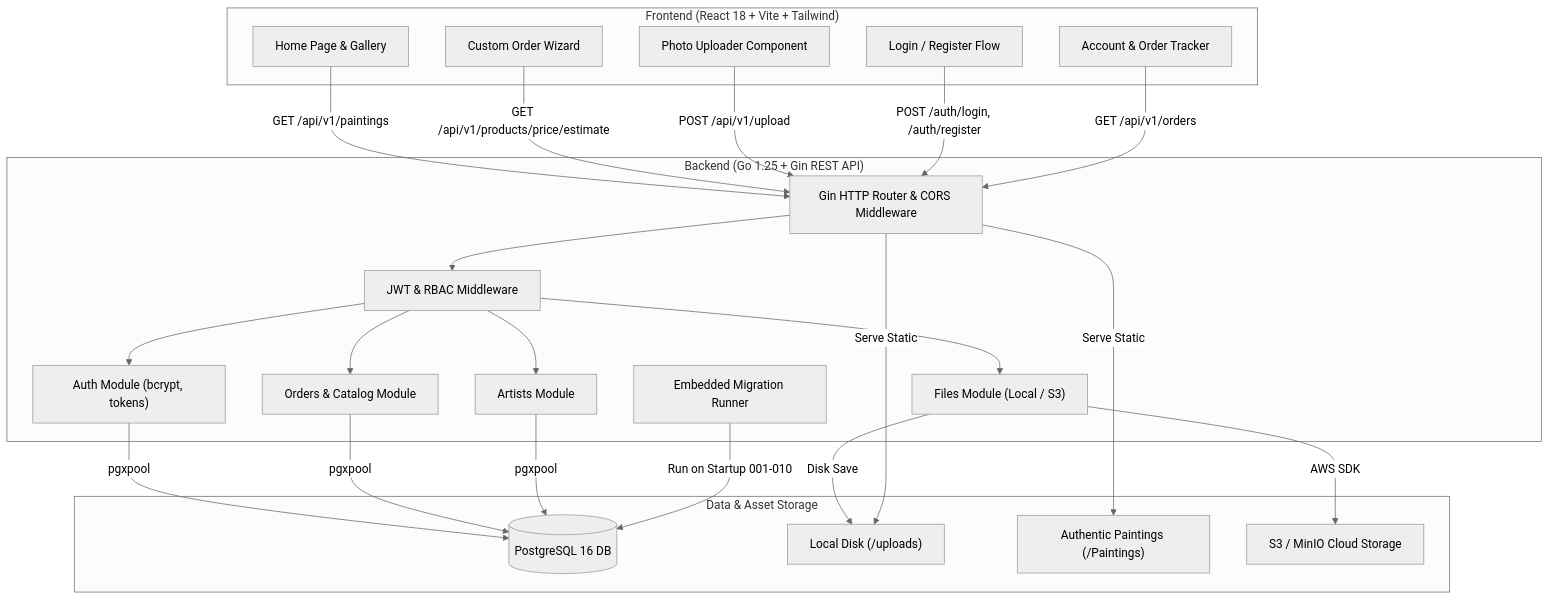
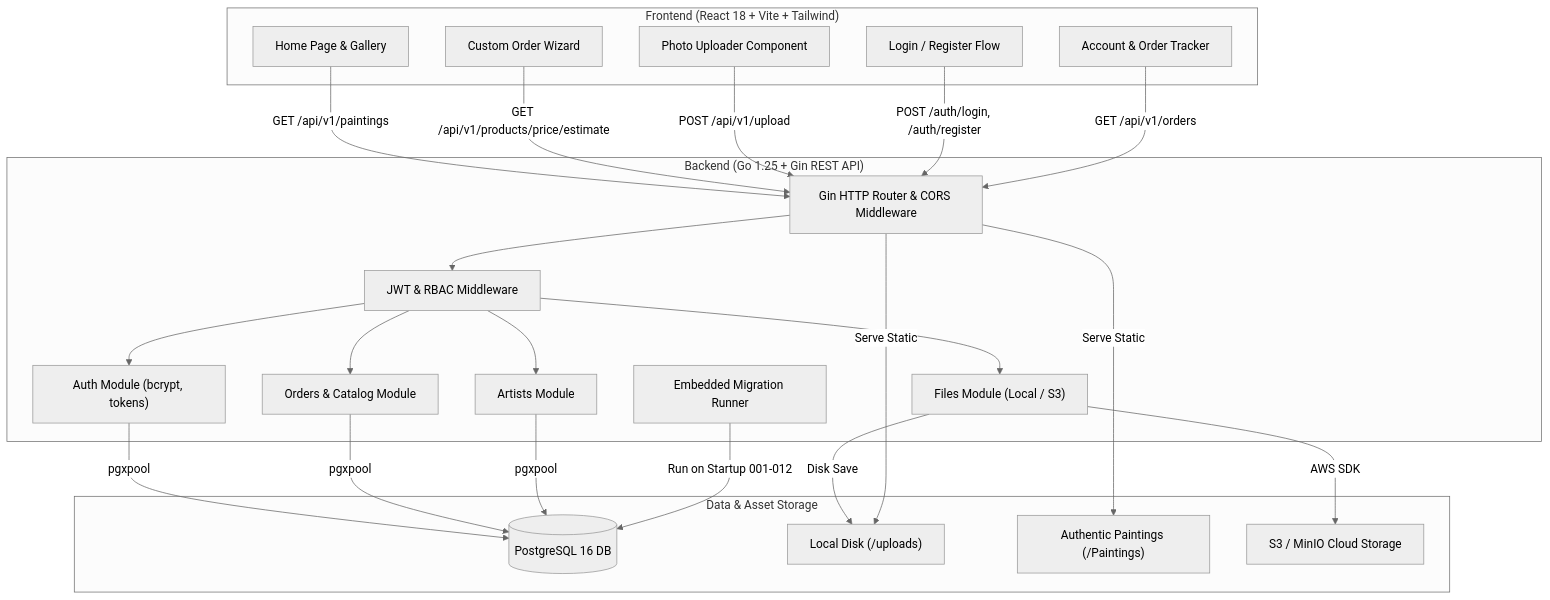
Before and after one commit to GaneshTerkar/artify-platform: the first of 6 diagrams in docs/FUNCTIONALITY_GUIDE.md, drawn with Mermaid (neutral theme). The commit also changed other lines of this file and 6 other files, not shown here.

Commit message:
docs: synchronize all documentation across repository to reflect complete code flow and multi-role lifecycle

````diff
--- a/docs/FUNCTIONALITY_GUIDE.md
+++ b/docs/FUNCTIONALITY_GUIDE.md
@@ -27,48 +27,48 @@
 ```mermaid
 flowchart TD
     subgraph Client ["Frontend (React 18 + Vite + Tailwind)"]
         UI_Home["Home Page & Gallery"]
         UI_Wizard["Custom Order Wizard"]
         UI_Auth["Login / Register Flow"]
         UI_Account["Account & Order Tracker"]
         UI_Upload["Photo Uploader Component"]
     end
 
     subgraph Server ["Backend (Go 1.25 + Gin REST API)"]
         Router["Gin HTTP Router & CORS Middleware"]
         AuthMid["JWT & RBAC Middleware"]
         ModAuth["Auth Module (bcrypt, tokens)"]
         ModOrders["Orders & Catalog Module"]
         ModFiles["Files Module (Local / S3)"]
         ModArtists["Artists Module"]
         AutoMigrate["Embedded Migration Runner"]
     end
 
     subgraph Storage ["Data & Asset Storage"]
         PG[("PostgreSQL 16 DB")]
         DiskUploads["Local Disk (/uploads)"]
         DiskPaintings["Authentic Paintings (/Paintings)"]
         S3Bucket["S3 / MinIO Cloud Storage"]
     end
 
     UI_Home -->|GET /api/v1/paintings| Router
     UI_Wizard -->|GET /api/v1/products/price/estimate| Router
     UI_Upload -->|POST /api/v1/upload| Router
     UI_Auth -->|POST /auth/login, /auth/register| Router
     UI_Account -->|GET /api/v1/orders| Router
 
     Router --> AuthMid
     AuthMid --> ModAuth
     AuthMid --> ModOrders
     AuthMid --> ModFiles
     AuthMid --> ModArtists
 
     ModAuth -->|pgxpool| PG
     ModOrders -->|pgxpool| PG
     ModArtists -->|pgxpool| PG
     ModFiles -->|Disk Save| DiskUploads
     ModFiles -->|AWS SDK| S3Bucket
-    AutoMigrate -->|Run on Startup 001-010| PG
+    AutoMigrate -->|Run on Startup 001-012| PG
     Router -->|Serve Static| DiskPaintings
     Router -->|Serve Static| DiskUploads
 ```
````
